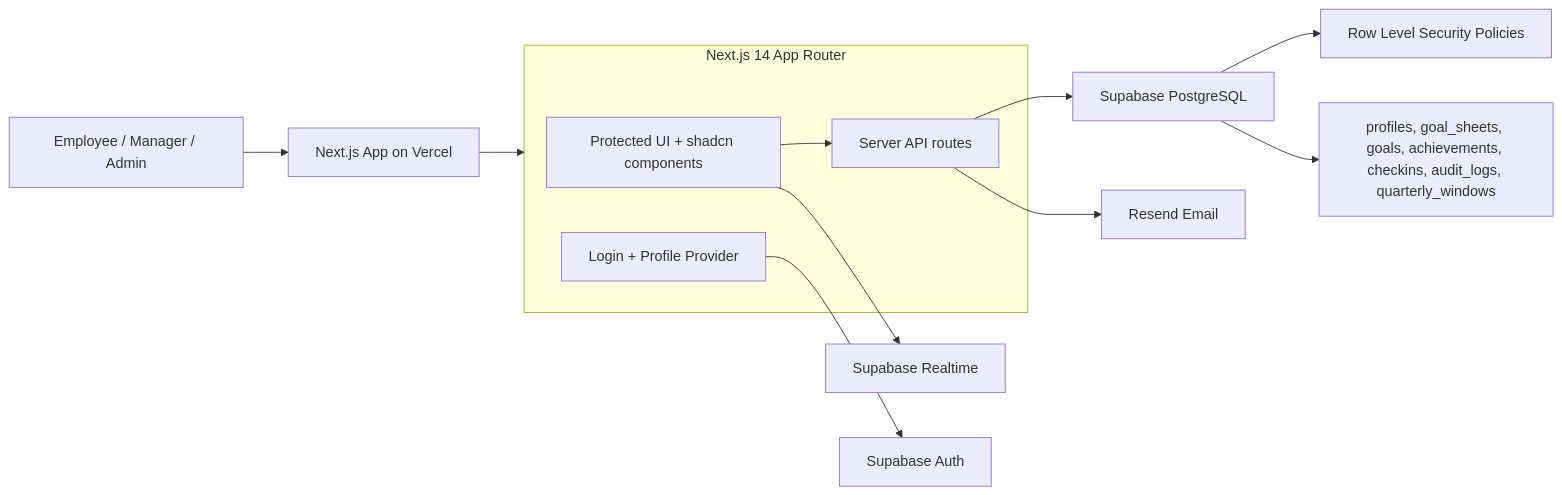
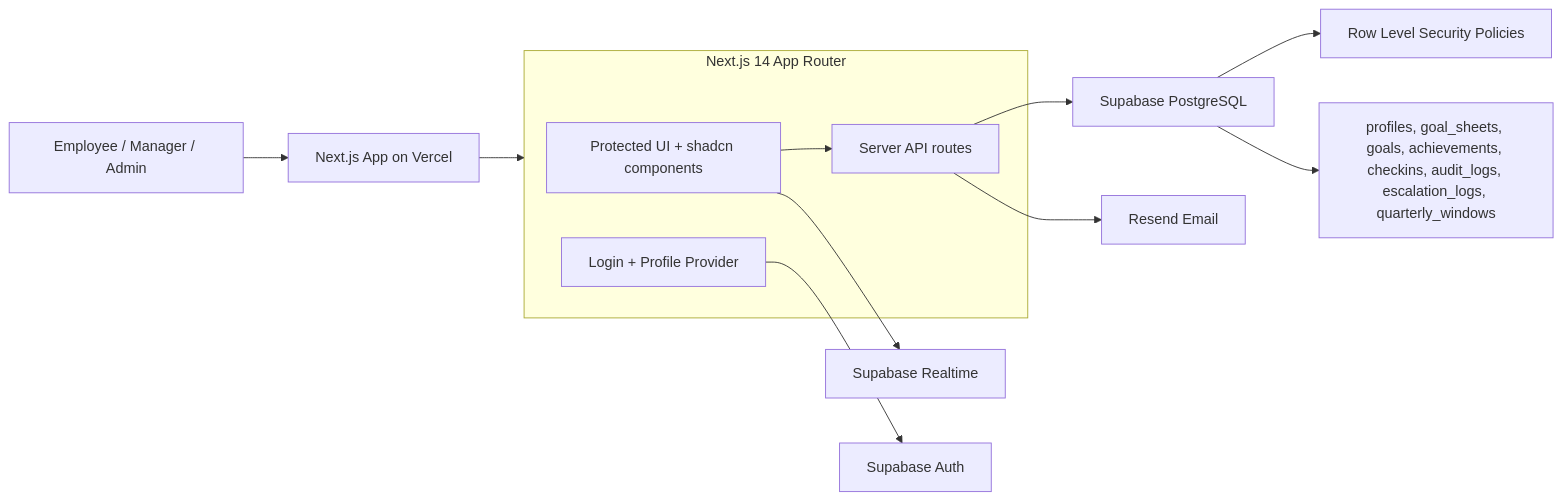
Before and after one commit to ajithh404/atomquest-portal: the diagram in README.md, drawn with Mermaid. The commit also changed 5 other files, not shown here.

````diff
--- a/README.md
+++ b/README.md
@@ -74,20 +74,20 @@
 ```mermaid
 flowchart LR
   User["Employee / Manager / Admin"] --> Vercel["Next.js App on Vercel"]
 
   subgraph Next["Next.js 14 App Router"]
     UI["Protected UI + shadcn components"]
     API["Server API routes"]
     AuthUI["Login + Profile Provider"]
   end
 
   Vercel --> Next
   UI --> API
   AuthUI --> SupabaseAuth["Supabase Auth"]
   API --> SupabaseDB["Supabase PostgreSQL"]
   API --> Resend["Resend Email"]
   UI --> Realtime["Supabase Realtime"]
 
   SupabaseDB --> RLS["Row Level Security Policies"]
-  SupabaseDB --> Tables["profiles, goal_sheets, goals, achievements, checkins, audit_logs, quarterly_windows"]
+  SupabaseDB --> Tables["profiles, goal_sheets, goals, achievements, checkins, audit_logs, escalation_logs, quarterly_windows"]
 ```
````
